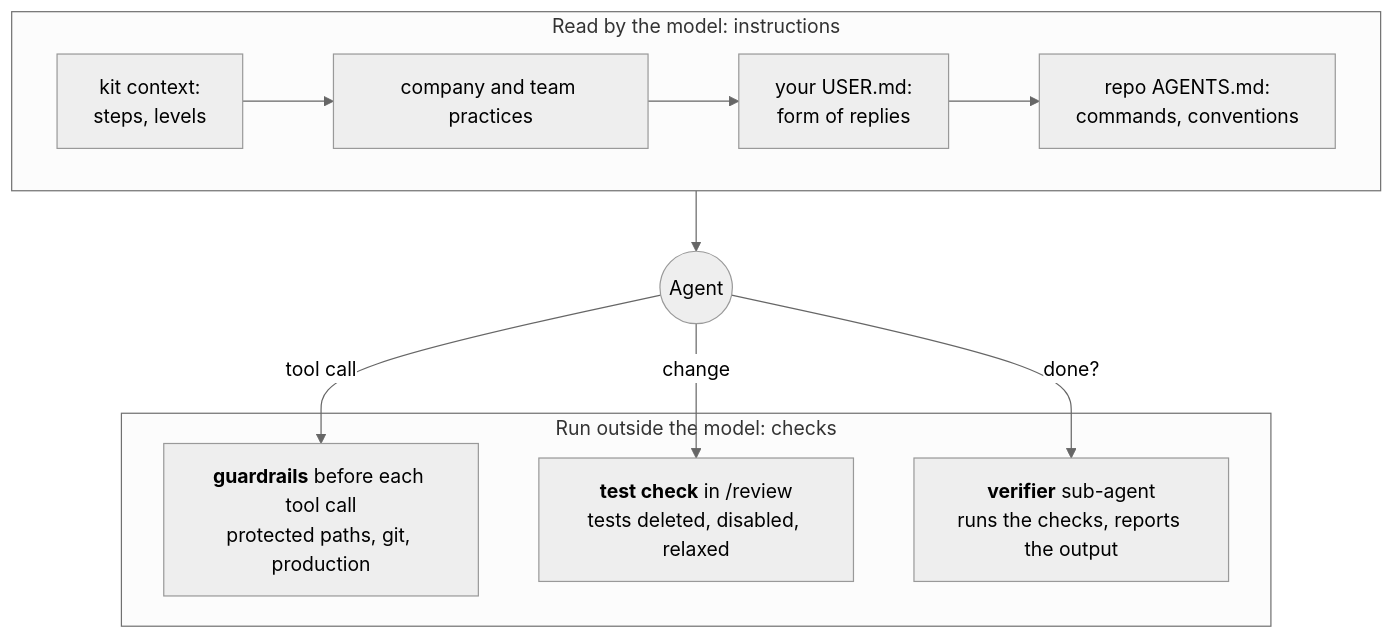
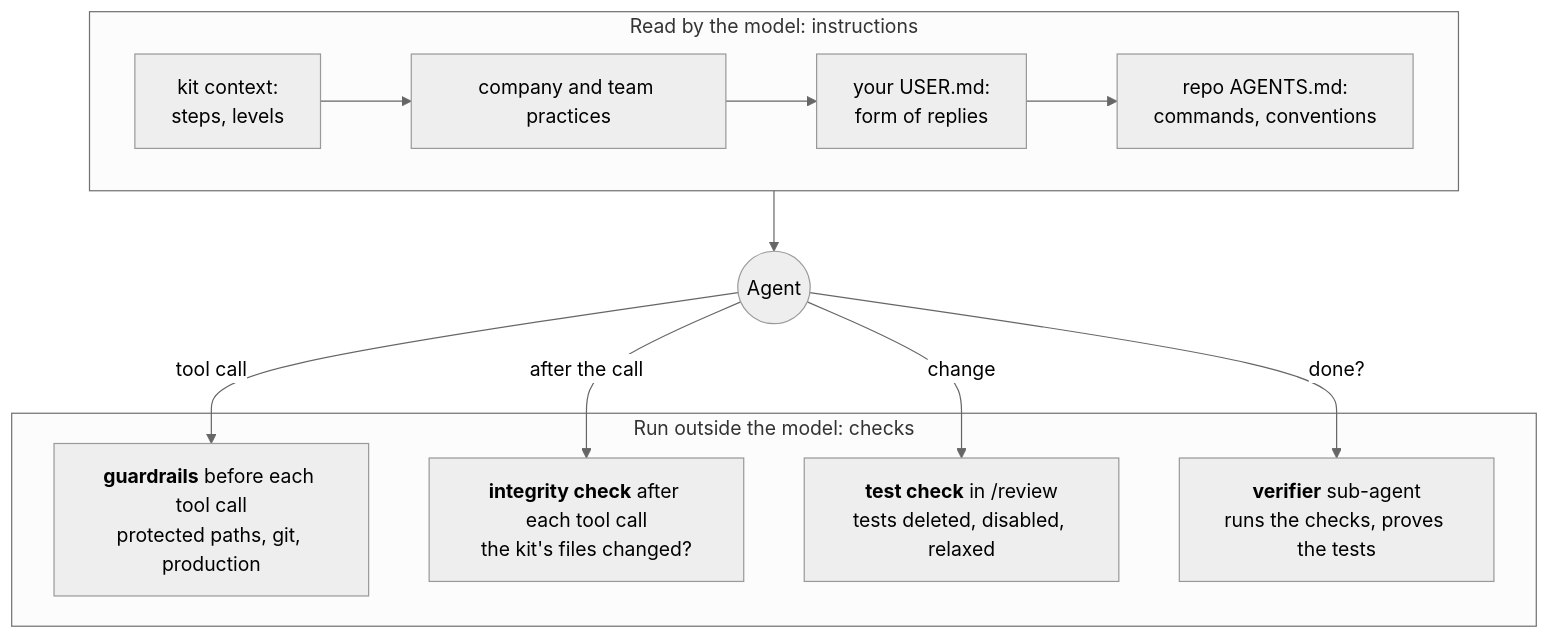
One commit to hachemsoft/ia-toolkit changed the sixth of 6 diagrams in docs/sdlc-workflow.md. Above: the diagram before and after it, drawn with Mermaid (neutral theme). The commit also changed other lines of this file and 16 other files, not shown here.

````diff
--- a/docs/sdlc-workflow.md
+++ b/docs/sdlc-workflow.md
@@ -185,15 +185,17 @@
 ```mermaid
 flowchart TB
     subgraph Prompt["Read by the model: instructions"]
         L1["kit context:<br/>steps, levels"] --> L2["company and team practices"] --> L3["your USER.md:<br/>form of replies"] --> L4["repo AGENTS.md:<br/>commands, conventions"]
     end
     subgraph Outside["Run outside the model: checks"]
         G["<b>guardrails</b> before each tool call<br/>protected paths, git, production"]
+        I["<b>integrity check</b> after each tool call<br/>the kit's files changed?"]
         W["<b>test check</b> in /review<br/>tests deleted, disabled, relaxed"]
-        V["<b>verifier</b> sub-agent<br/>runs the checks, reports the output"]
+        V["<b>verifier</b> sub-agent<br/>runs the checks, proves the tests"]
     end
     Prompt --> Agent(("Agent"))
     Agent -->|tool call| G
+    Agent -->|after the call| I
     Agent -->|change| W
     Agent -->|"done?"| V
 ```
````
